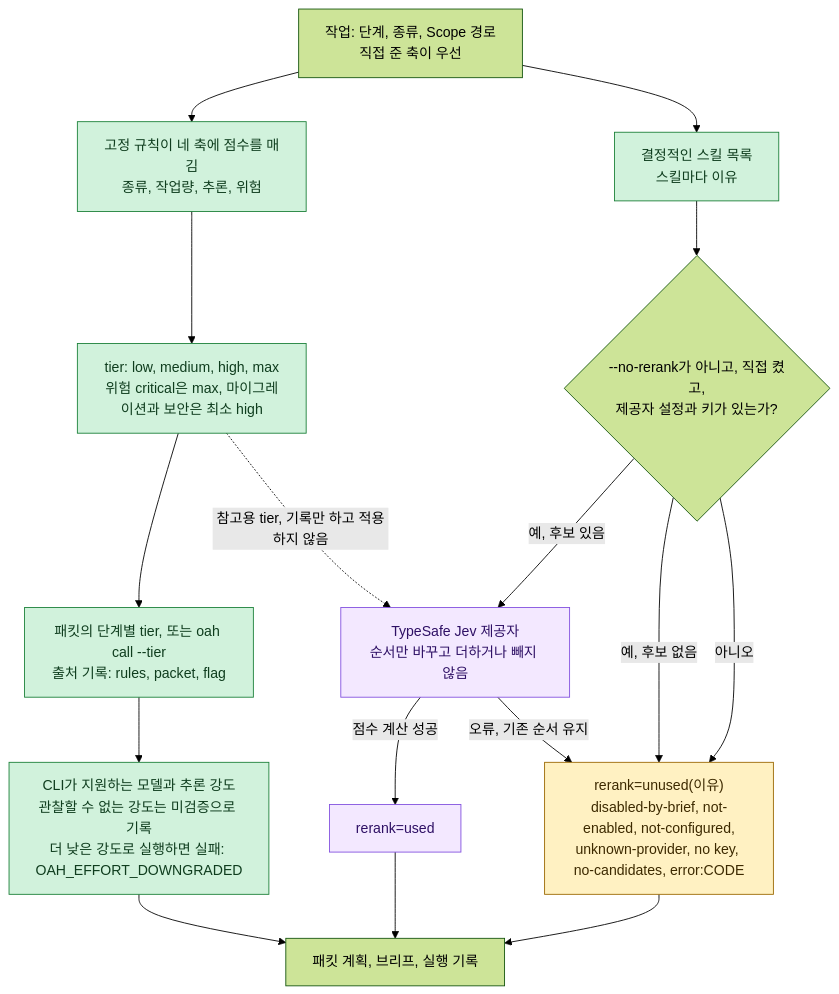
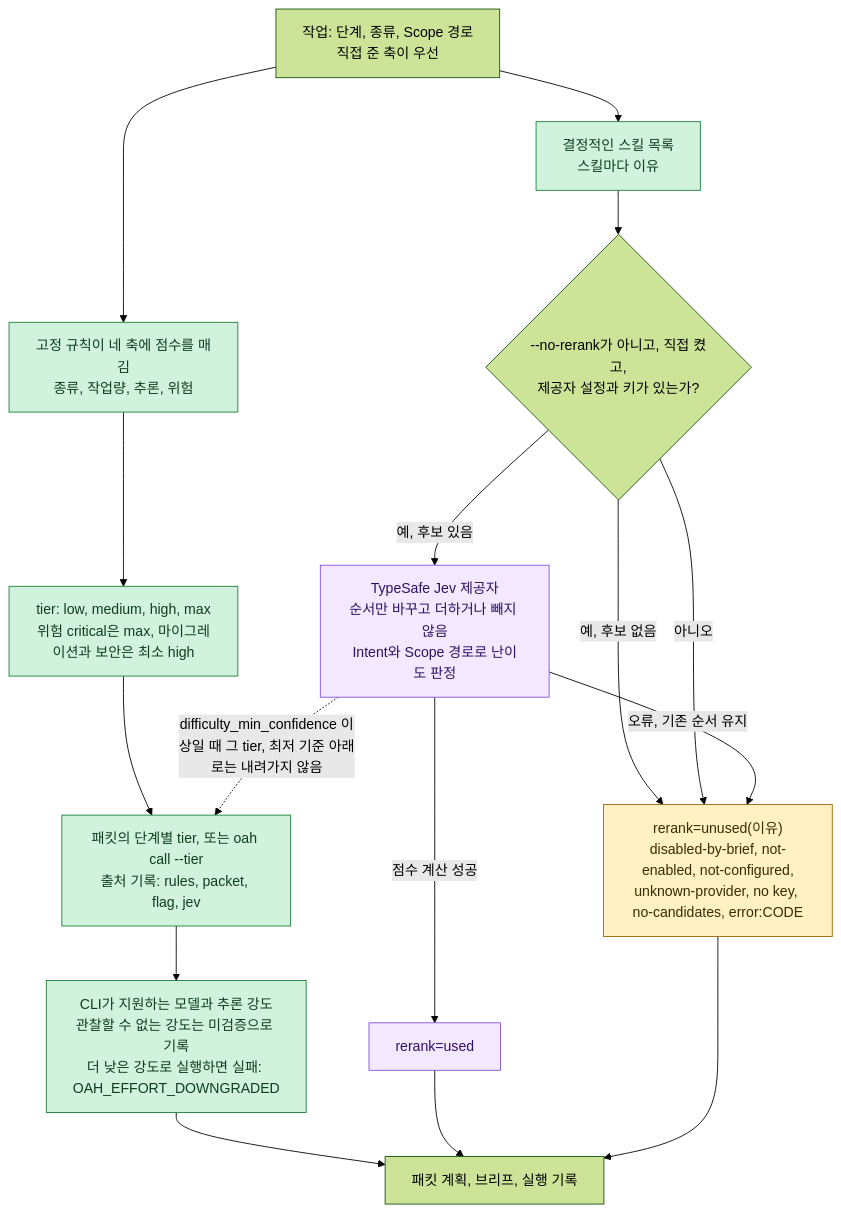
The third of 6 diagrams in docs/ko/concepts.md (KenSuh/open-agent-harness), drawn with Mermaid (forest theme) before and after one commit. The commit also changed other lines of this file and 12 other files, not shown here.

First line of the commit message:
feat(docs): say what Jev now receives, when its tier counts and the design step

````diff
--- a/docs/ko/concepts.md
+++ b/docs/ko/concepts.md
@@ -157,33 +159,33 @@
 ```mermaid
 flowchart TD
     task["작업: 단계, 종류, Scope 경로<br/>직접 준 축이 우선"]
     score["고정 규칙이 네 축에 점수를 매김<br/>종류, 작업량, 추론, 위험"]
     tier["tier: low, medium, high, max<br/>위험 critical은 max, 마이그레이션과 보안은 최소 high"]
-    pick["패킷의 단계별 tier, 또는 oah call --tier<br/>출처 기록: rules, packet, flag"]
+    pick["패킷의 단계별 tier, 또는 oah call --tier<br/>출처 기록: rules, packet, flag, jev"]
     model["CLI가 지원하는 모델과 추론 강도<br/>관찰할 수 없는 강도는 미검증으로 기록<br/>더 낮은 강도로 실행하면 실패: OAH_EFFORT_DOWNGRADED"]
     skills["결정적인 스킬 목록<br/>스킬마다 이유"]
     ask{"--no-rerank가 아니고, 직접 켰고,<br/>제공자 설정과 키가 있는가?"}
-    jev["TypeSafe Jev 제공자<br/>순서만 바꾸고 더하거나 빼지 않음"]
+    jev["TypeSafe Jev 제공자<br/>순서만 바꾸고 더하거나 빼지 않음<br/>Intent와 Scope 경로로 난이도 판정"]
     used["rerank=used"]
     unused["rerank=unused(이유)<br/>disabled-by-brief, not-enabled, not-configured,<br/>unknown-provider, no key, no-candidates, error:CODE"]
     brief["패킷 계획, 브리프, 실행 기록"]
 
     task --> score --> tier --> pick --> model --> brief
     task --> skills
     skills --> ask
     ask -->|"예, 후보 있음"| jev
     ask -->|"예, 후보 없음"| unused
     ask -->|"아니오"| unused
     jev -->|"점수 계산 성공"| used
     jev -->|"오류, 기존 순서 유지"| unused
     used --> brief
     unused --> brief
-    tier -.->|"참고용 tier, 기록만 하고 적용하지 않음"| jev
+    jev -.->|"difficulty_min_confidence 이상일 때 그 tier, 최저 기준 아래로는 내려가지 않음"| pick
 
     classDef rule fill:#d1f2dc,stroke:#1a7f37,color:#0f3d1e
     classDef ai fill:#f3e8ff,stroke:#8250df,color:#2e1065
     classDef note fill:#fff1c2,stroke:#9a6700,color:#3d2a00
     class score,tier,pick,model,skills rule
     class jev,used ai
     class unused note
 ```
````
